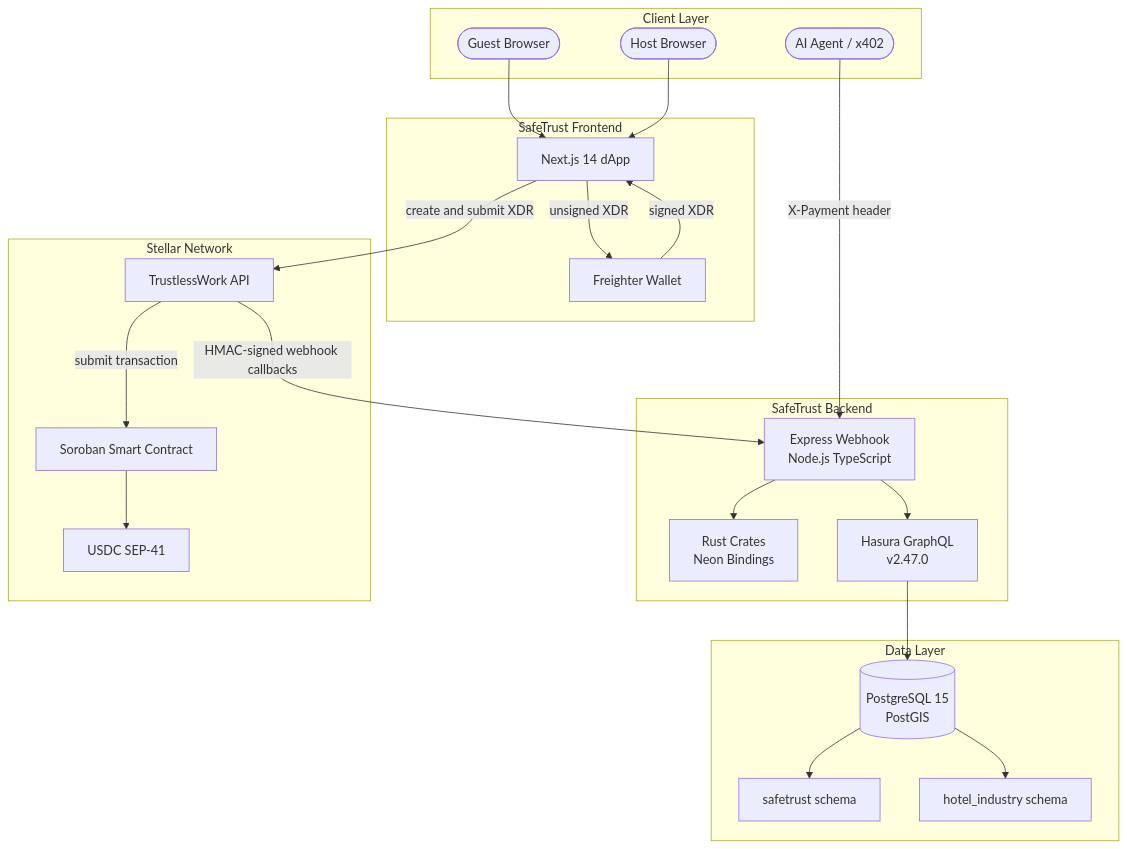
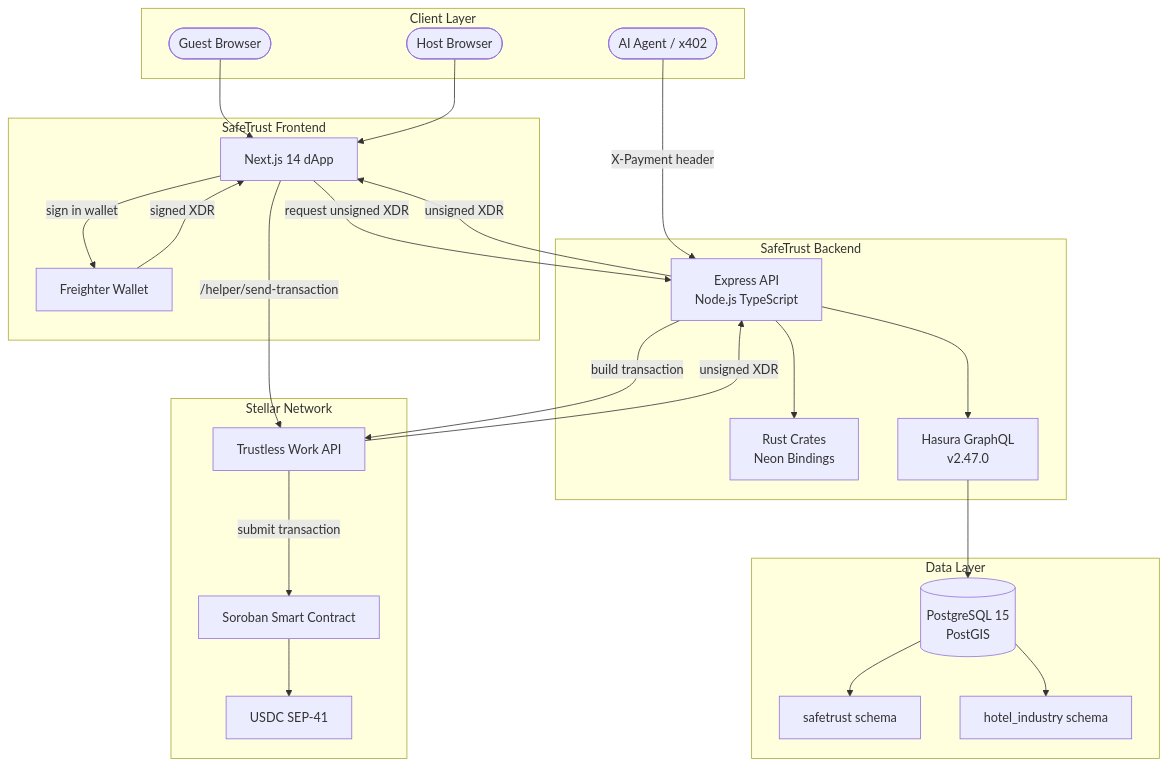
The first of 4 diagrams in docs/architecture/overview.md (safetrustcr/backend-SafeTrust), drawn with Mermaid before and after one commit. The commit also changed other lines of this file and 5 other files, not shown here.

Commit message:
feat(docs): add escrow flow documentation for funding, approval, dispute, resolution, and reconciliation (#768)

````diff
--- a/docs/architecture/overview.md
+++ b/docs/architecture/overview.md
@@ -10,46 +13,49 @@
 ```mermaid
 flowchart TD
     subgraph Client Layer
         GU([Guest Browser])
         HO([Host Browser])
         AI([AI Agent / x402])
     end
 
     subgraph SafeTrust Frontend
         FE[Next.js 14 dApp]
         FW[Freighter Wallet]
     end
 
     subgraph SafeTrust Backend
-        WH[Express Webhook\nNode.js TypeScript]
+        BE[Express API\nNode.js TypeScript]
         RC[Rust Crates\nNeon Bindings]
         HG[Hasura GraphQL\nv2.47.0]
     end
 
     subgraph Data Layer
         PG[(PostgreSQL 15\nPostGIS)]
         ST[safetrust schema]
         HI[hotel_industry schema]
     end
 
     subgraph Stellar Network
-        TW[TrustlessWork API]
+        TW[Trustless Work API]
         SC[Soroban Smart Contract]
         USDC[USDC SEP-41]
     end
 
     GU --> FE
     HO --> FE
-    AI -->|X-Payment header| WH
-    FE -->|unsigned XDR| FW
+    AI -->|X-Payment header| BE
+    FE -->|request unsigned XDR| BE
+    BE -->|build transaction| TW
+    TW -->|unsigned XDR| BE
+    BE -->|unsigned XDR| FE
+    FE -->|sign in wallet| FW
     FW -->|signed XDR| FE
-    FE -->|create and submit XDR| TW
-    TW -->|HMAC-signed webhook callbacks| WH
-    WH --> RC
-    WH --> HG
+    FE -->|/helper/send-transaction| TW
     TW -->|submit transaction| SC
-    SC --> USDC
+    BE --> RC
+    BE --> HG
     HG --> PG
     PG --> ST
     PG --> HI
+    SC --> USDC
 ```
````
